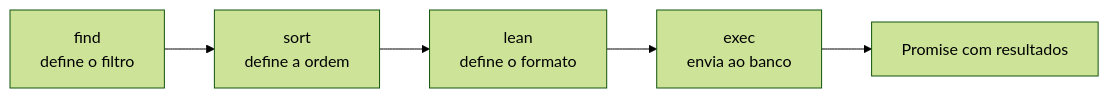
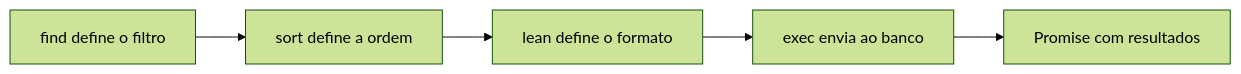
The tenth of 12 diagrams in docs/encontros/encontro-17.md (luciano-alexandre/sistemas-corporativos), drawn with Mermaid (forest theme) before and after one commit. The commit also changed other lines of this file, not shown here.

````diff
--- a/docs/encontros/encontro-17.md
+++ b/docs/encontros/encontro-17.md
@@ -740,7 +740,7 @@
 ```mermaid
 flowchart LR
-    F["find<br/>define o filtro"] --> O["sort<br/>define a ordem"]
-    O --> L["lean<br/>define o formato"]
-    L --> E["exec<br/>envia ao banco"]
+    F["find define o filtro"] --> O["sort define a ordem"]
+    O --> L["lean define o formato"]
+    L --> E["exec envia ao banco"]
     E --> R["Promise com resultados"]
 ```
````
